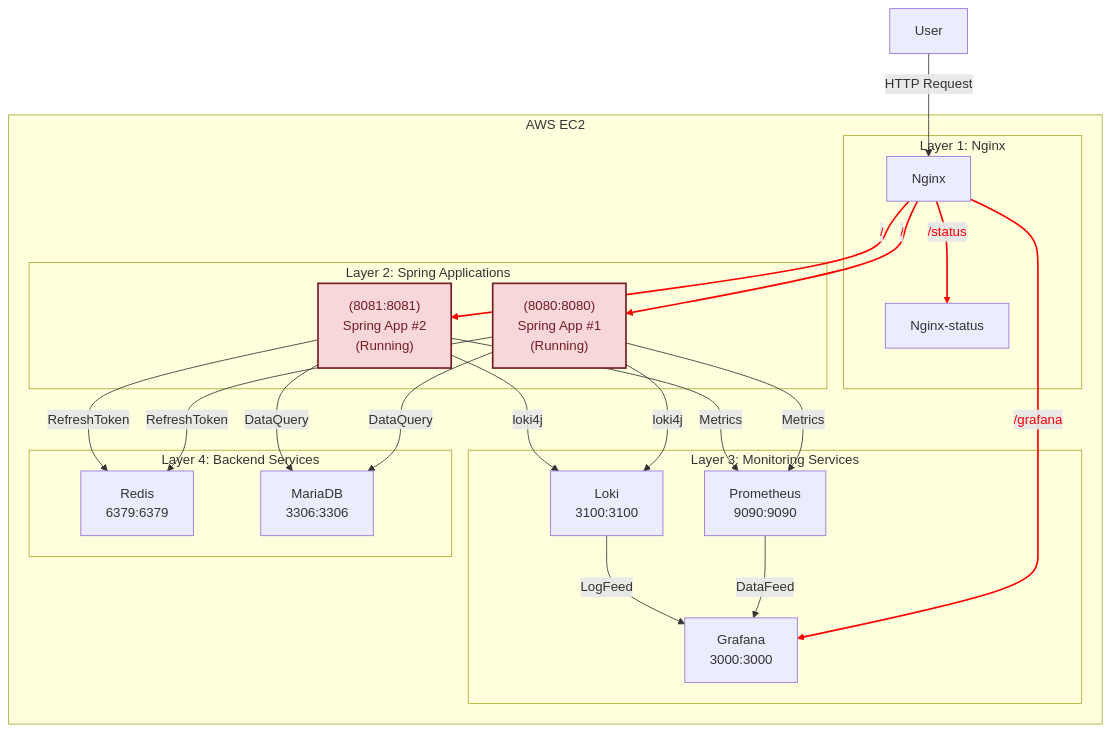
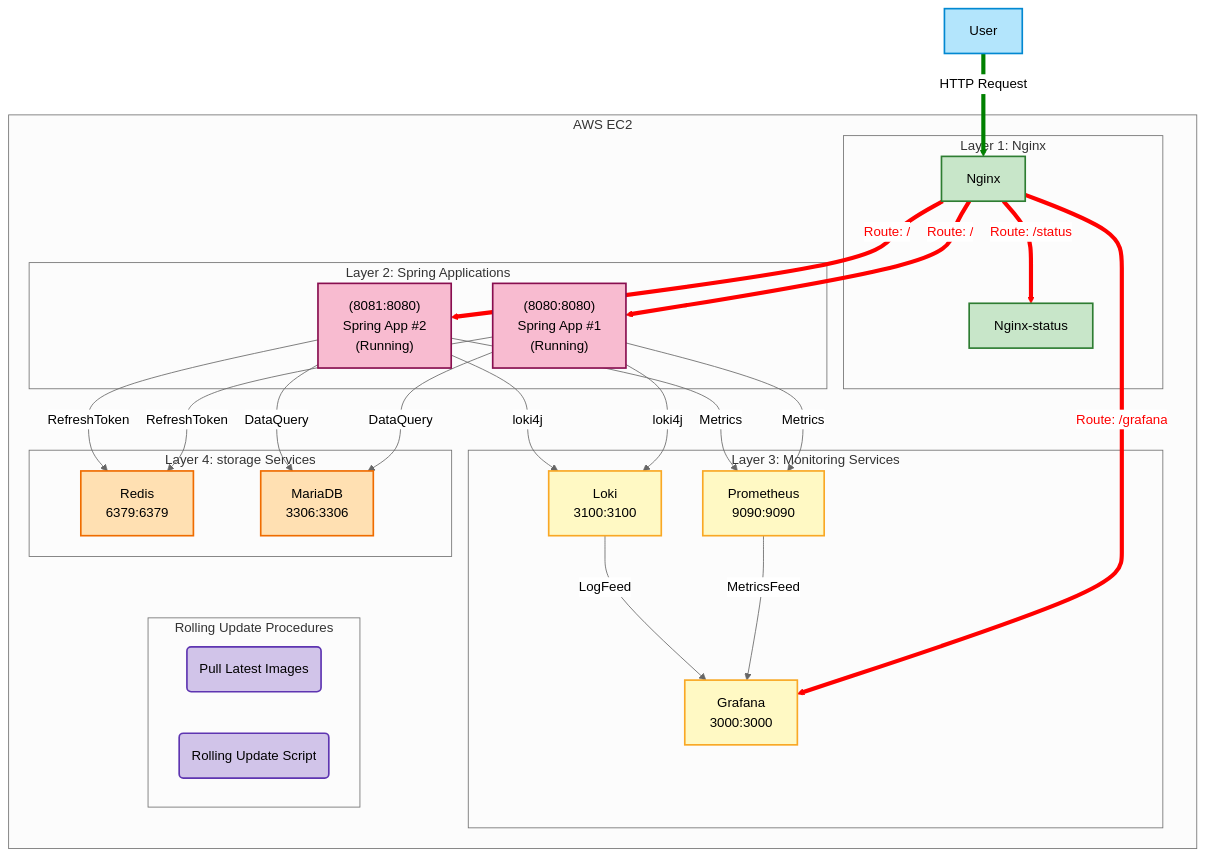
One commit to tape4/spring-cicd-template changed the third of 5 diagrams in README.md. Above: the diagram before and after it, drawn with Mermaid. The commit also changed other lines of this file, not shown here.

````diff
--- a/README.md
+++ b/README.md
@@ -128,65 +150,73 @@
 ```mermaid
+%%{init: {'theme': 'neutral', 'themeVariables': { 'background': '#F0F0F0' }}}%%
 flowchart TD
-		%% 노드에 적용할 클래스 정의
-    classDef redText fill:#f8d7da,stroke:#721c24,stroke-width:2px,color:#721c24;
-    classDef blueText fill:#cce5ff,stroke:#004085,stroke-width:2px,color:#004085;
-    
+	%% 노드에 적용할 클래스 정의
+    classDef external fill:#b3e5fc,stroke:#0288d1,stroke-width:2px;
+    classDef nginx fill:#c8e6c9,stroke:#2e7d32,stroke-width:2px;
+    classDef app fill:#f8bbd0,stroke:#880e4f,stroke-width:2px;
+    classDef monitor fill:#fff9c4,stroke:#f9a825,stroke-width:2px;
+    classDef storage fill:#ffe0b2,stroke:#ef6c00,stroke-width:2px;
+    classDef management fill:#d1c4e9,stroke:#5e35b1,stroke-width:2px;
+
     %% 외부 사용자 노드
-    U[User]
+    U[User]:::external
 
-    %% AWS EC2 내 시스템 전체를 묶는 서브그래프
-    subgraph "AWS EC2"
+subgraph "AWS EC2"
         %% Layer 1: Nginx
         subgraph "Layer 1: Nginx"
-          N[Nginx]
-          NS[Nginx-status]
+          N[Nginx]:::nginx
+          NS[Nginx-status]:::nginx
         end
 
         %% Layer 2: Spring Applications
         subgraph "Layer 2: Spring Applications"
-          S1["(8080:8080)<br/>Spring App #1<br/>(Running)"]
-          S2["(8081:8081)<br/>Spring App #2<br/>(Running)"]
-	        class S1 redText
-	        class S2 redText
+          S1["(8080:8080)<br/>Spring App #1<br/>(Running)"]:::app
+          S2["(8081:8080)<br/>Spring App #2<br/>(Running)"]:::app
         end
 
         %% Layer 3: Monitoring Services
         subgraph "Layer 3: Monitoring Services"
-          P[Prometheus<br/>9090:9090]
-          G[Grafana<br/>3000:3000]
-          L[Loki<br/>3100:3100]
+          P[Prometheus<br/>9090:9090]:::monitor
+          G[Grafana<br/>3000:3000]:::monitor
+          L[Loki<br/>3100:3100]:::monitor
         end
 
-        %% Layer 4: Backend Services
-        subgraph "Layer 4: Backend Services"
-          R[Redis<br/>6379:6379]
-          D[MariaDB<br/>3306:3306]
+        %% Layer 4: storage Services
+        subgraph "Layer 4: storage Services"
+          R[Redis<br/>6379:6379]:::storage
+          D[MariaDB<br/>3306:3306]:::storage
+        end
+
+        subgraph "Rolling Update Procedures"
+            PULL("Pull Latest Images"):::management
+            ROLL_UPDATE("Rolling Update Script"):::management
         end
 
         %% 내부 연결
-        N -- "/" --> S1
-        N -- "/" --> S2
-        N -- "/status" --> NS
-        N -- "/grafana" --> G
+        N -- "Route: /" --> S1
+        N -- "Route: /" --> S2
+        N -- "Route: /status" --> NS
+        N -- "Route: /grafana" --> G
 
         S1 -- "Metrics" --> P
         S1 -- "loki4j" --> L
         S1 -- "RefreshToken" --> R
         S1 -- "DataQuery" --> D
 
         S2 -- "Metrics" --> P
         S2 -- "loki4j" --> L
         S2 -- "RefreshToken" --> R
         S2 -- "DataQuery" --> D
 
-        P -- "DataFeed" --> G
-	L -- "LogFeed" --> G
+        P -- "MetricsFeed" --> G
+	    L -- "LogFeed" --> G
     end
 
     U -->|HTTP Request| N
     
-    linkStyle 0 stroke:#ff0000, stroke-width:2px, color:#ff0000
-    linkStyle 1 stroke:#ff0000, stroke-width:2px, color:#ff0000
-    linkStyle 2 stroke:#ff0000, stroke-width:2px, color:#ff0000
-    linkStyle 3 stroke:#ff0000, stroke-width:2px, color:#ff0000
+    linkStyle 0 stroke:#ff0000, stroke-width:5px, color:#ff0000
+    linkStyle 1 stroke:#ff0000, stroke-width:5px, color:#ff0000
+    linkStyle 2 stroke:#ff0000, stroke-width:5px, color:#ff0000
+    linkStyle 3 stroke:#ff0000, stroke-width:5px, color:#ff0000
+    linkStyle 14 stroke:#008000, stroke-width:5px, color:#000000
 ```
````
